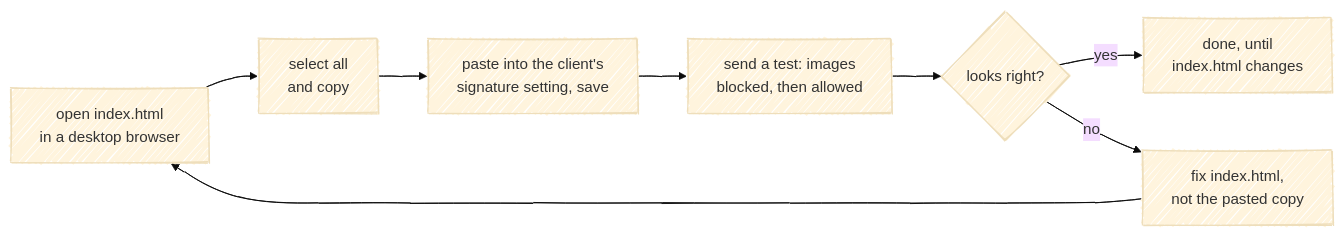
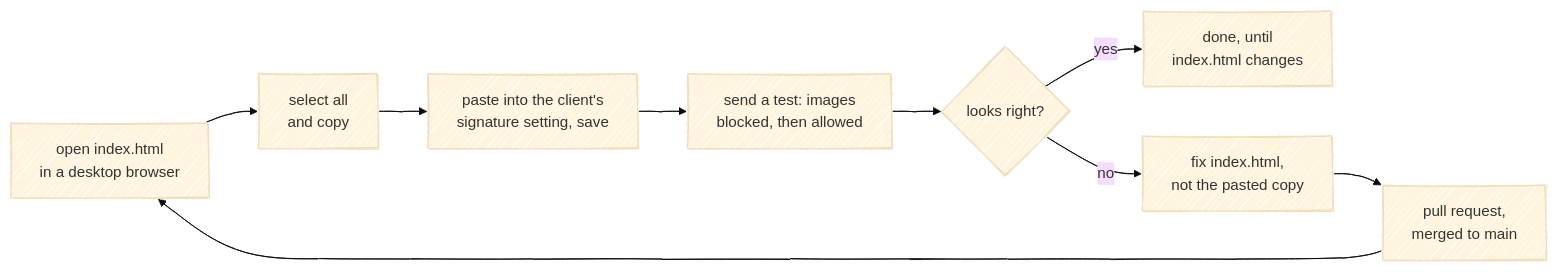
Before and after one commit to fbuireu/email-signature: the diagram in README.md, drawn with Mermaid (base theme). The commit also changed other lines of this file and 1 other file, not shown here.

Commit message:
docs: reinstall the Signature only from a merged fix
The install loop in the README went from a fix straight back to opening
index.html, while its own first step and ARCHITECTURE.md say to install
from main only: an Icon is served only once it is there. The loop and
the rule about the client's editor now pass through a merge to main.

The delivery-path diagram also stops calling the asset paths immutable,
as if raw enforced it. They never change because ADR 0002 says so, and
nothing in the tree checks it.

````diff
--- a/README.md
+++ b/README.md
@@ -17,15 +17,16 @@
 ```mermaid
 ---
 config:
   look: handDrawn
   layout: dagre
 ---
 flowchart LR
     open["open index.html<br/>in a desktop browser"] --> copy["select all<br/>and copy"]
     copy --> paste["paste into the client's<br/>signature setting, save"]
     paste --> test["send a test: images<br/>blocked, then allowed"]
     test --> ok{"looks right?"}
     ok -->|yes| done["done, until<br/>index.html changes"]
     ok -->|no| fix["fix index.html,<br/>not the pasted copy"]
-    fix --> open
+    fix --> merged["pull request,<br/>merged to main"]
+    merged --> open
 ```
````
